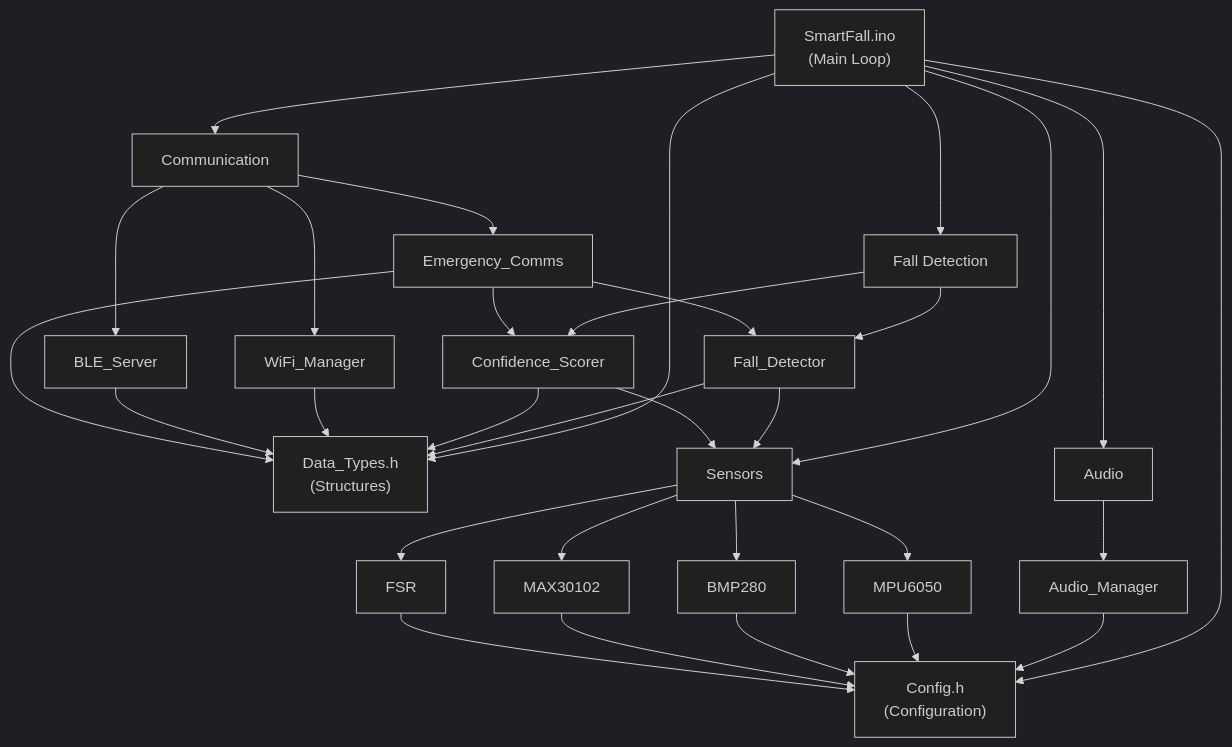
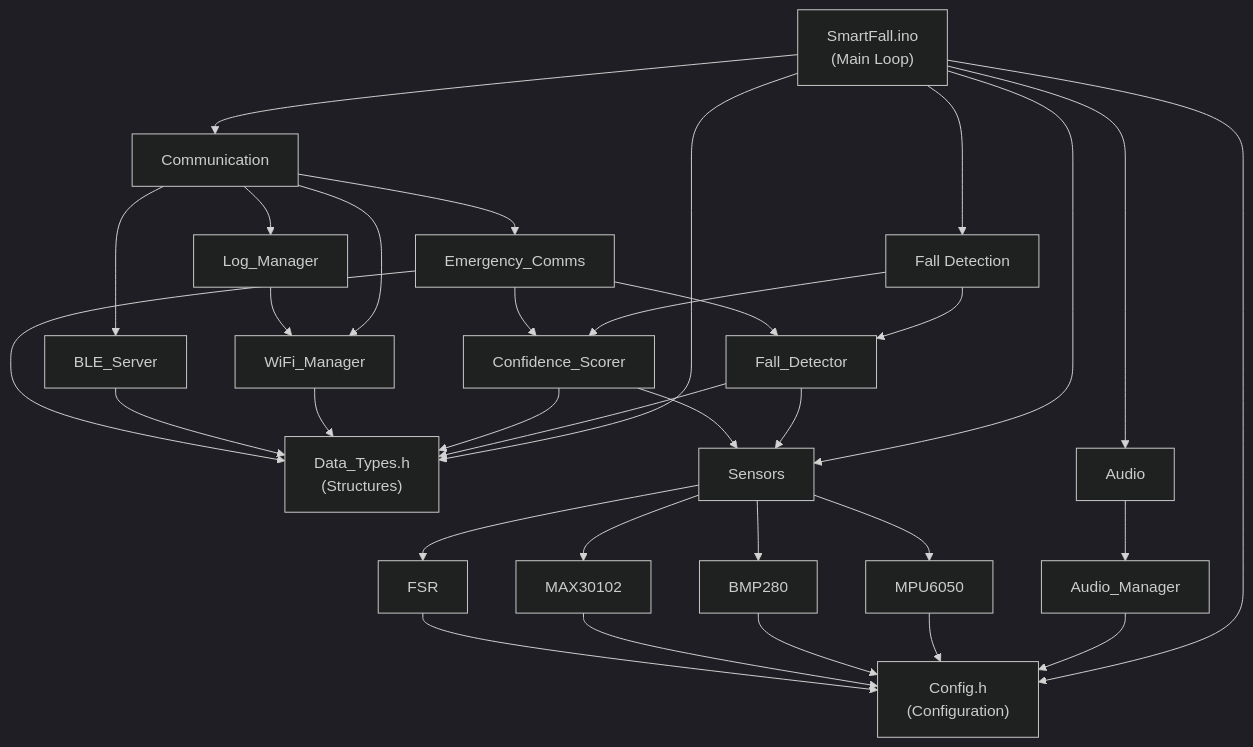
One commit to Smart-Fall/Hardware changed the first of 4 diagrams in docs/firmware/architecture.md. Above: the diagram before and after it, drawn with Mermaid (dark theme). The commit also changed other lines of this file and 5 other files, not shown here.

````diff
--- a/docs/firmware/architecture.md
+++ b/docs/firmware/architecture.md
@@ -45,39 +46,41 @@
 ```mermaid
 graph TD
     A["SmartFall.ino<br/>(Main Loop)"] --> B["Config.h<br/>(Configuration)"]
     A --> C["Data_Types.h<br/>(Structures)"]
 
     A --> D["Sensors"]
     D --> D1["MPU6050"]
     D --> D2["BMP280"]
     D --> D3["MAX30102"]
     D --> D4["FSR"]
 
     A --> E["Fall Detection"]
     E --> E1["Fall_Detector"]
     E --> E2["Confidence_Scorer"]
     E1 --> C
     E2 --> C
 
     A --> F["Communication"]
     F --> F1["WiFi_Manager"]
     F --> F2["BLE_Server"]
     F --> F3["Emergency_Comms"]
+    F --> F4["Log_Manager"]
     F1 --> C
     F2 --> C
     F3 --> C
+    F4 --> F1
 
     A --> G["Audio"]
     G --> G1["Audio_Manager"]
     G1 --> B
 
     D1 --> B
     D2 --> B
     D3 --> B
     D4 --> B
 
     E1 --> D
     E2 --> D
     F3 --> E1
     F3 --> E2
 ```
````
